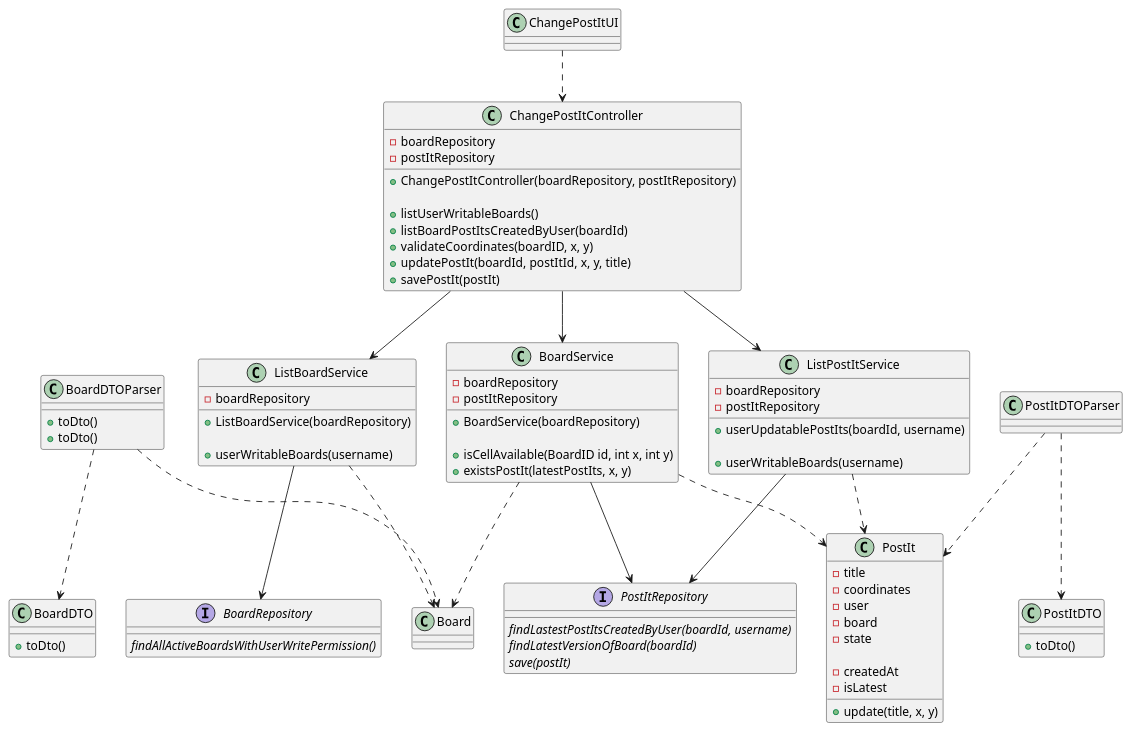
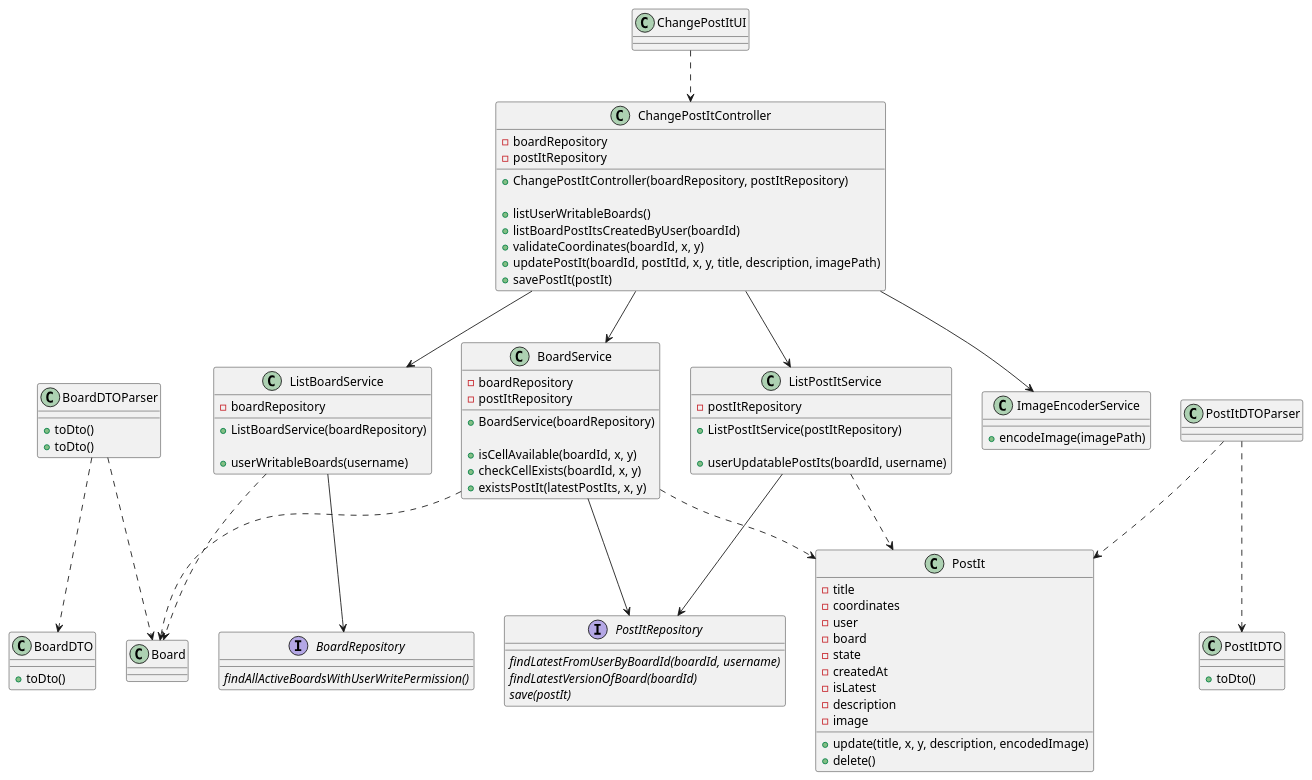
One commit to miseEnPlace-dev/lapr4 changed the diagram in docs/sprint-c/us32-3007/US3007_CD.puml. Above: the diagram before and after it, drawn with PlantUML. The commit also changed 6 other files, not shown here.

Commit message:
docs: updated diagrams (#64)

```diff
--- a/docs/sprint-c/us32-3007/US3007_CD.puml
+++ b/docs/sprint-c/us32-3007/US3007_CD.puml
@@ -1,108 +1,115 @@
 @startuml US3007_CD
 
 interface BoardRepository {
   {abstract} findAllActiveBoardsWithUserWritePermission()
 }
 
 interface PostItRepository {
-  {abstract} findLastestPostItsCreatedByUser(boardId, username)
+  {abstract} findLatestFromUserByBoardId(boardId, username)
   {abstract} findLatestVersionOfBoard(boardId)
   {abstract} save(postIt)
 }
 
 class ListBoardService {
   - boardRepository
 
   + ListBoardService(boardRepository)
 
   + userWritableBoards(username)
 }
 
 class ListPostItService {
-  - boardRepository
   - postItRepository
 
+  + ListPostItService(postItRepository)
+
   + userUpdatablePostIts(boardId, username)
+}
 
-  + userWritableBoards(username)
+class ImageEncoderService {
+  + encodeImage(imagePath)
 }
 
 class BoardService {
   - boardRepository
   - postItRepository
 
   + BoardService(boardRepository)
 
-  + isCellAvailable(BoardID id, int x, int y)
+  + isCellAvailable(boardId, x, y)
+  + checkCellExists(boardId, x, y)
   + existsPostIt(latestPostIts, x, y)
 }
 
 class ChangePostItUI {}
 
 class ChangePostItController {
   - boardRepository
   - postItRepository
 
   + ChangePostItController(boardRepository, postItRepository)
 
   + listUserWritableBoards()
   + listBoardPostItsCreatedByUser(boardId)
-  + validateCoordinates(boardID, x, y)
-  + updatePostIt(boardId, postItId, x, y, title)
+  + validateCoordinates(boardId, x, y)
+  + updatePostIt(boardId, postItId, x, y, title, description, imagePath)
   + savePostIt(postIt)
 }
 
 class PostIt {
   - title
   - coordinates
   - user
   - board
   - state
-
   - createdAt
   - isLatest
+  - description
+  - image
 
-  + update(title, x, y)
+  + update(title, x, y, description, encodedImage)
+  + delete()
 }
 
 class PostItDTO {
   + toDto()
 }
 
 class BoardDTOParser {
   + toDto()
 }
 
 class Board {
 }
 
 
 class BoardDTO {
   + toDto()
 }
 
 class BoardDTOParser {
   + toDto()
 }
 
 
 ChangePostItUI ..> ChangePostItController
 ChangePostItController --> ListBoardService
 ChangePostItController --> BoardService
 ChangePostItController --> ListPostItService
+ChangePostItController --> ImageEncoderService
 
 ListBoardService ..> Board
 ListBoardService --> BoardRepository
 BoardService --> PostItRepository
 ListPostItService --> PostItRepository
 
 BoardService ..> PostIt
 ListPostItService ..> PostIt
 BoardService ..> Board
 BoardDTOParser ..> BoardDTO
 BoardDTOParser ..> Board
 
 PostItDTOParser ..> PostItDTO
 PostItDTOParser ..> PostIt
 
 @enduml
```
